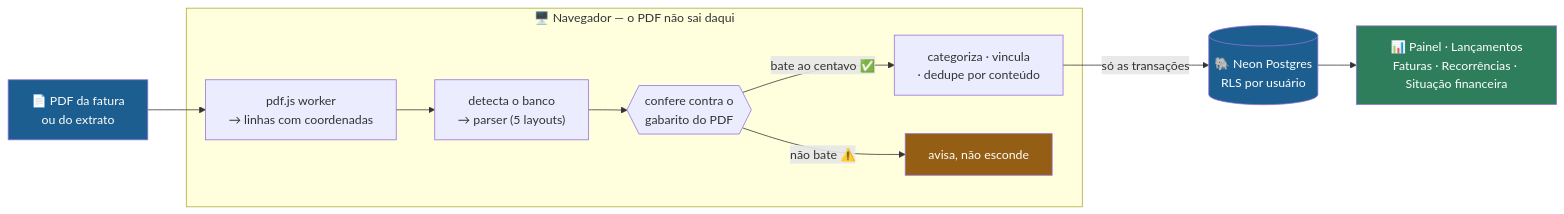
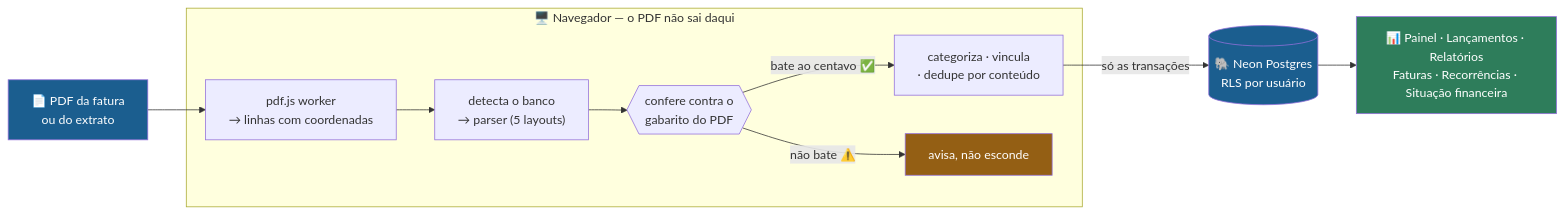
One commit to cielioqueiroz/controle-financeiro changed the first of 4 diagrams in README.md. Above: the diagram before and after it, drawn with Mermaid. The commit also changed other lines of this file and 11 other files, not shown here.

````diff
--- a/README.md
+++ b/README.md
@@ -113,25 +122,25 @@
 ```mermaid
 flowchart LR
     PDF["📄 PDF da fatura<br/>ou do extrato"]
 
     subgraph NAV ["🖥️ Navegador — o PDF não sai daqui"]
         W["pdf.js worker<br/>→ linhas com coordenadas"]
         P["detecta o banco<br/>→ parser (5 layouts)"]
         V{{"confere contra o<br/>gabarito do PDF"}}
         C["categoriza · vincula<br/>· dedupe por conteúdo"]
         AV["avisa, não esconde"]
     end
 
     DB[("🐘 Neon Postgres<br/>RLS por usuário")]
-    UI["📊 Painel · Lançamentos<br/>Faturas · Recorrências · Situação financeira"]
+    UI["📊 Painel · Lançamentos · Relatórios<br/>Faturas · Recorrências · Situação financeira"]
 
     PDF --> W --> P --> V
     V -->|"bate ao centavo ✅"| C
     V -->|"não bate ⚠️"| AV
     C -->|"só as transações"| DB --> UI
 
     style PDF fill:#1b5e8f,color:#fff
     style DB fill:#1b5e8f,color:#fff
     style UI fill:#2e7d5b,color:#fff
     style AV fill:#945f14,color:#fff
 ```
````
